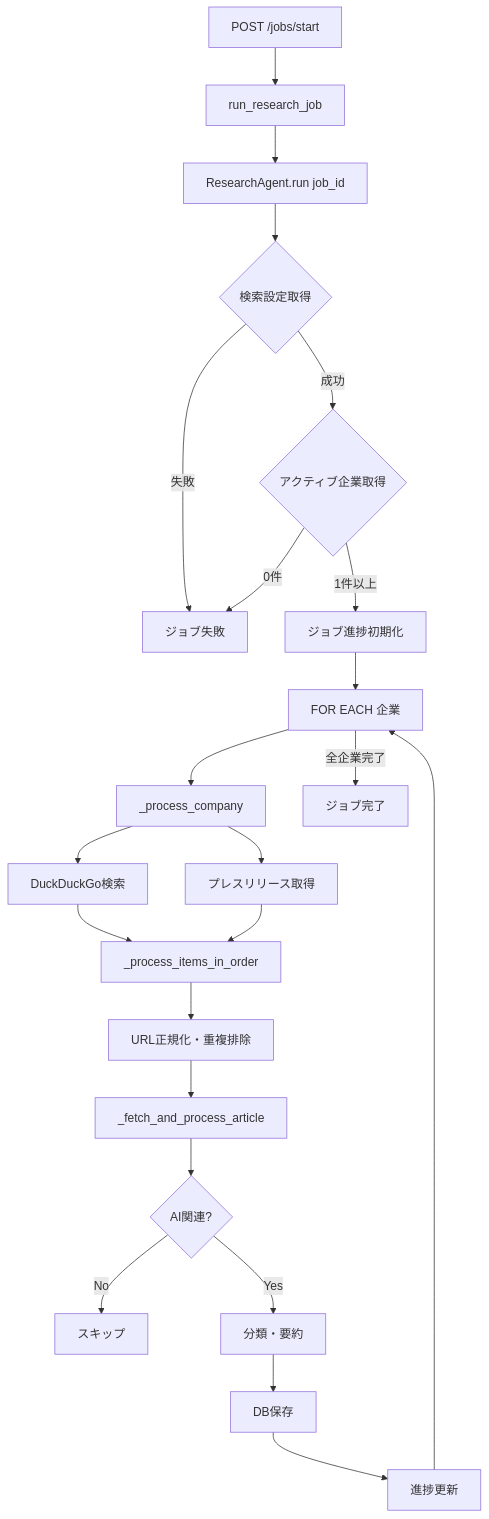
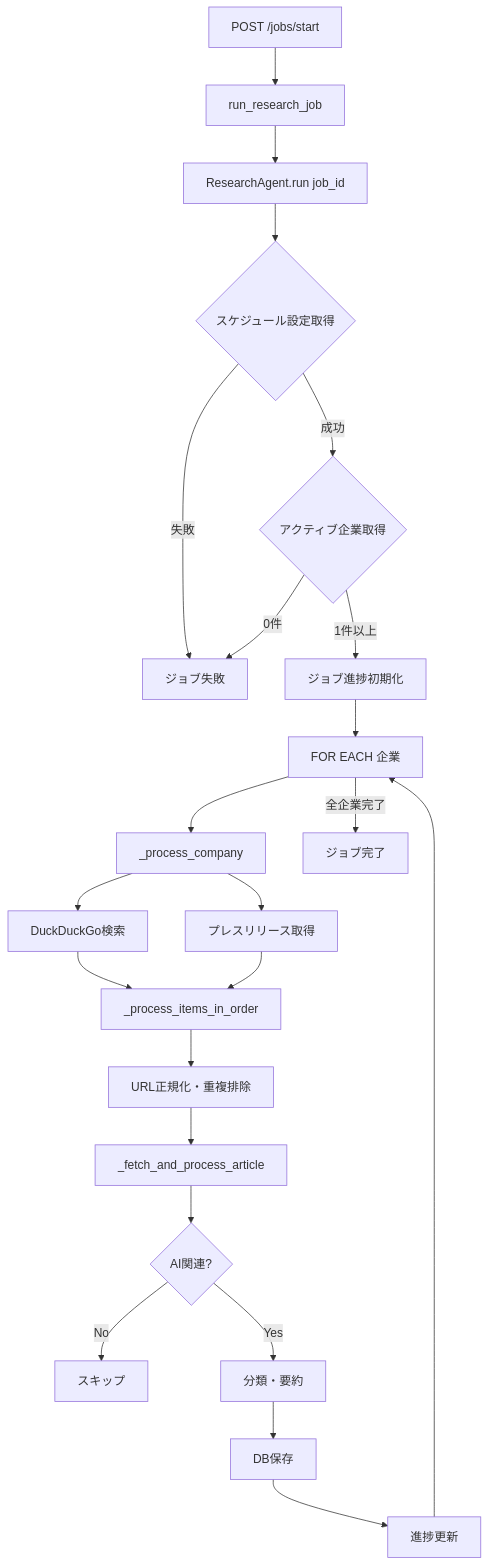
Before and after one commit to yojlcoe/financial-ai-cases: the diagram in docs/research_agent_spec.md, drawn with Mermaid. The commit also changed other lines of this file and 11 other files, not shown here.

````diff
--- a/docs/research_agent_spec.md
+++ b/docs/research_agent_spec.md
@@ -115,25 +115,25 @@
 ```mermaid
 graph TD
     A[POST /jobs/start] --> B[run_research_job]
     B --> C[ResearchAgent.run job_id]
-    C --> D{検索設定取得}
+    C --> D{スケジュール設定取得}
     D -->|成功| E{アクティブ企業取得}
     D -->|失敗| Z[ジョブ失敗]
     E -->|0件| Z
     E -->|1件以上| F[ジョブ進捗初期化]
     F --> G[FOR EACH 企業]
     G --> H[_process_company]
     H --> I[DuckDuckGo検索]
     H --> J[プレスリリース取得]
     I --> K[_process_items_in_order]
     J --> K
     K --> L[URL正規化・重複排除]
     L --> M[_fetch_and_process_article]
     M --> N{AI関連?}
     N -->|No| O[スキップ]
     N -->|Yes| P[分類・要約]
     P --> Q[DB保存]
     Q --> R[進捗更新]
     R --> G
     G -->|全企業完了| S[ジョブ完了]
 ```
````
